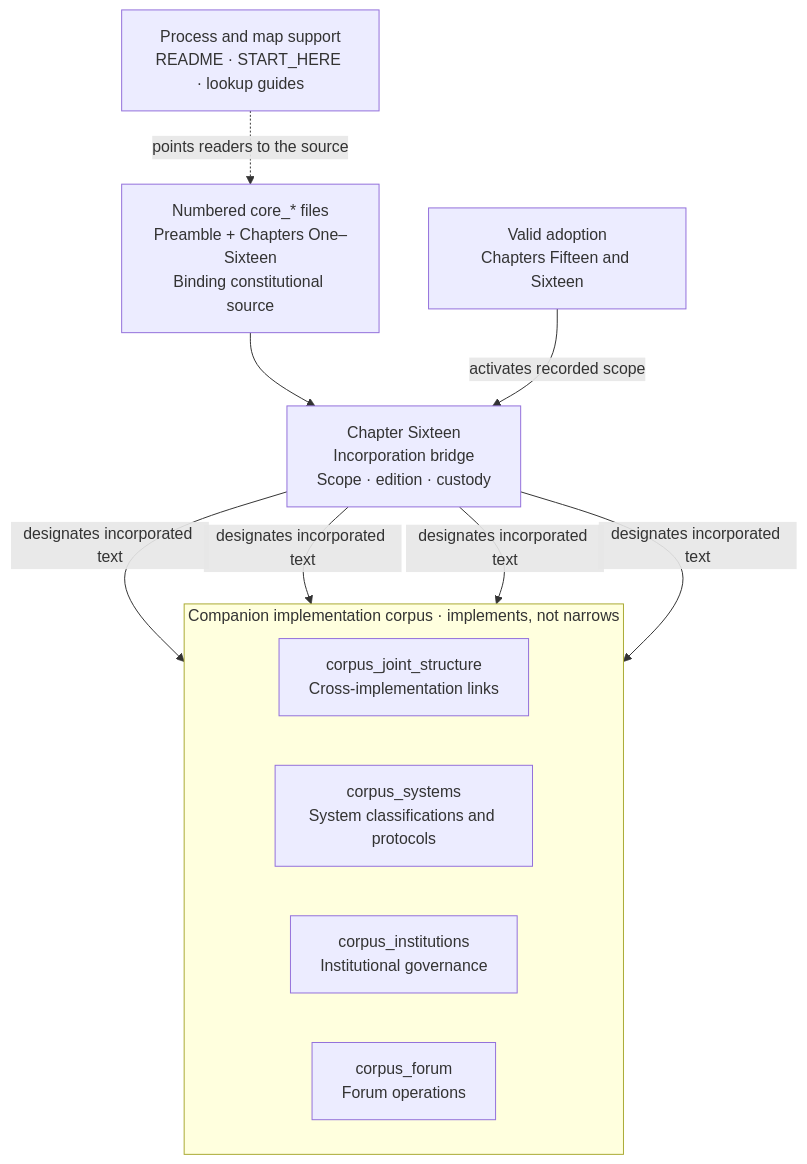
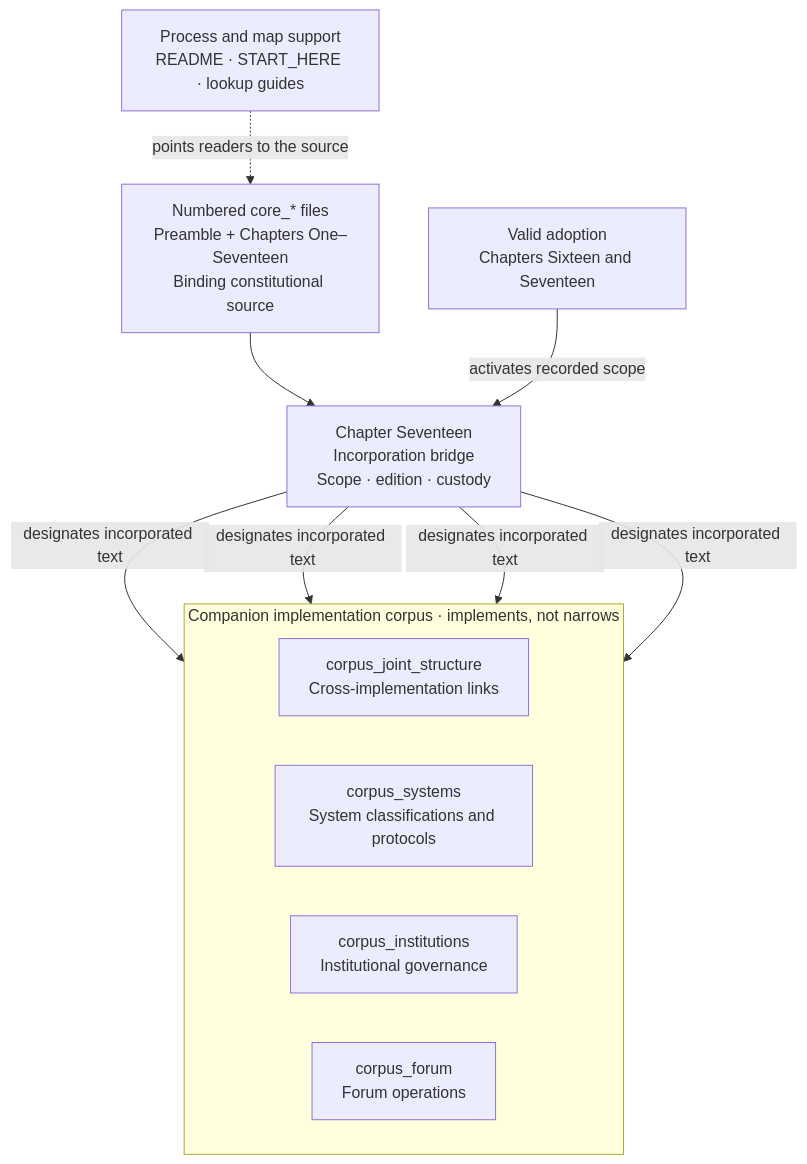
Diagram 20 of 20 in CONCEPTUAL_OVERVIEW.md (kfoelsch/Sentient_Constitution), drawn with Mermaid before and after one commit. The commit also changed other lines of this file and 807 other files, not shown here.

````diff
--- a/CONCEPTUAL_OVERVIEW.md
+++ b/CONCEPTUAL_OVERVIEW.md
@@ -848,21 +853,21 @@
 ```mermaid
 flowchart TB
-    Core["Numbered core_* files<br/>Preamble + Chapters One–Sixteen<br/>Binding constitutional source"]
-    Bridge["Chapter Sixteen<br/>Incorporation bridge<br/>Scope · edition · custody"]
-    Adopt["Valid adoption<br/>Chapters Fifteen and Sixteen"]
+    Core["Numbered core_* files<br/>Preamble + Chapters One–Seventeen<br/>Binding constitutional source"]
+    Bridge["Chapter Seventeen<br/>Incorporation bridge<br/>Scope · edition · custody"]
+    Adopt["Valid adoption<br/>Chapters Sixteen and Seventeen"]
     subgraph Comp["Companion implementation corpus · implements, not narrows"]
         direction LR
         J["corpus_joint_structure<br/>Cross-implementation links"]
         S["corpus_systems<br/>System classifications and protocols"]
         I["corpus_institutions<br/>Institutional governance"]
         F["corpus_forum<br/>Forum operations"]
     end
     Support["Process and map support<br/>README · START_HERE · lookup guides"]
     Core --> Bridge
     Adopt -->|activates recorded scope| Bridge
     Bridge -->|designates incorporated text| J
     Bridge -->|designates incorporated text| S
     Bridge -->|designates incorporated text| I
     Bridge -->|designates incorporated text| F
     Support -.->|points readers to the source| Core
 ```
````
